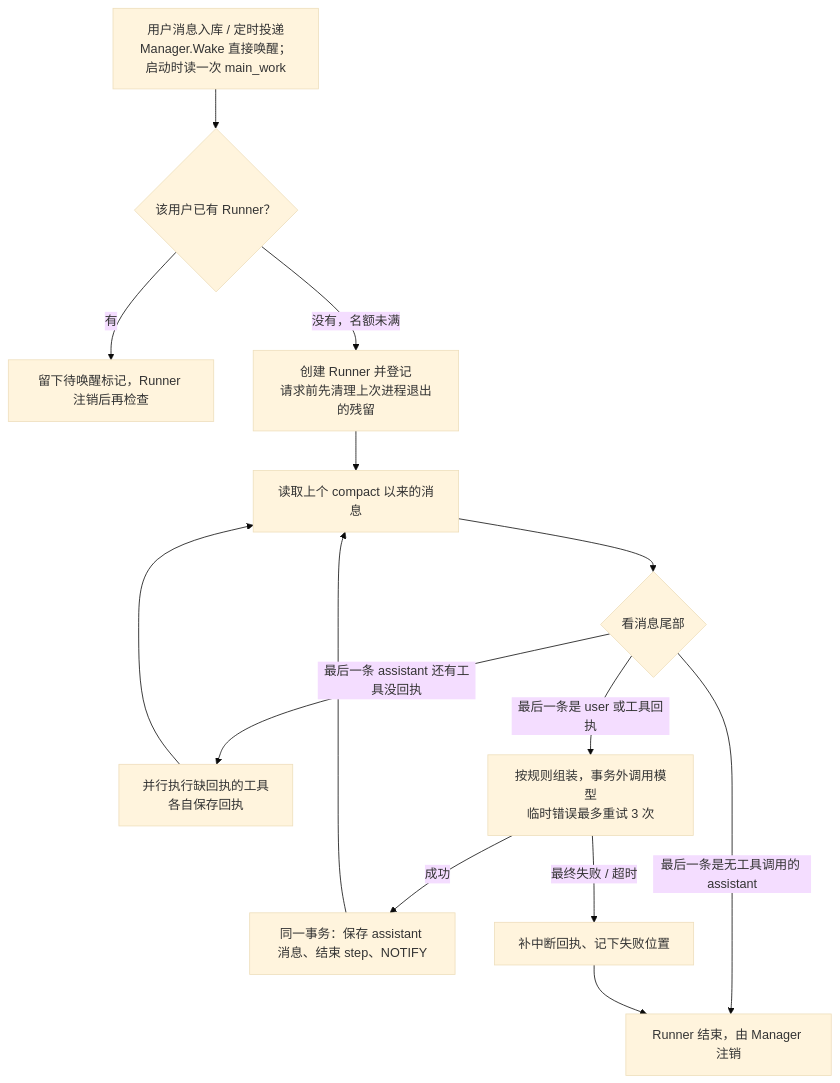
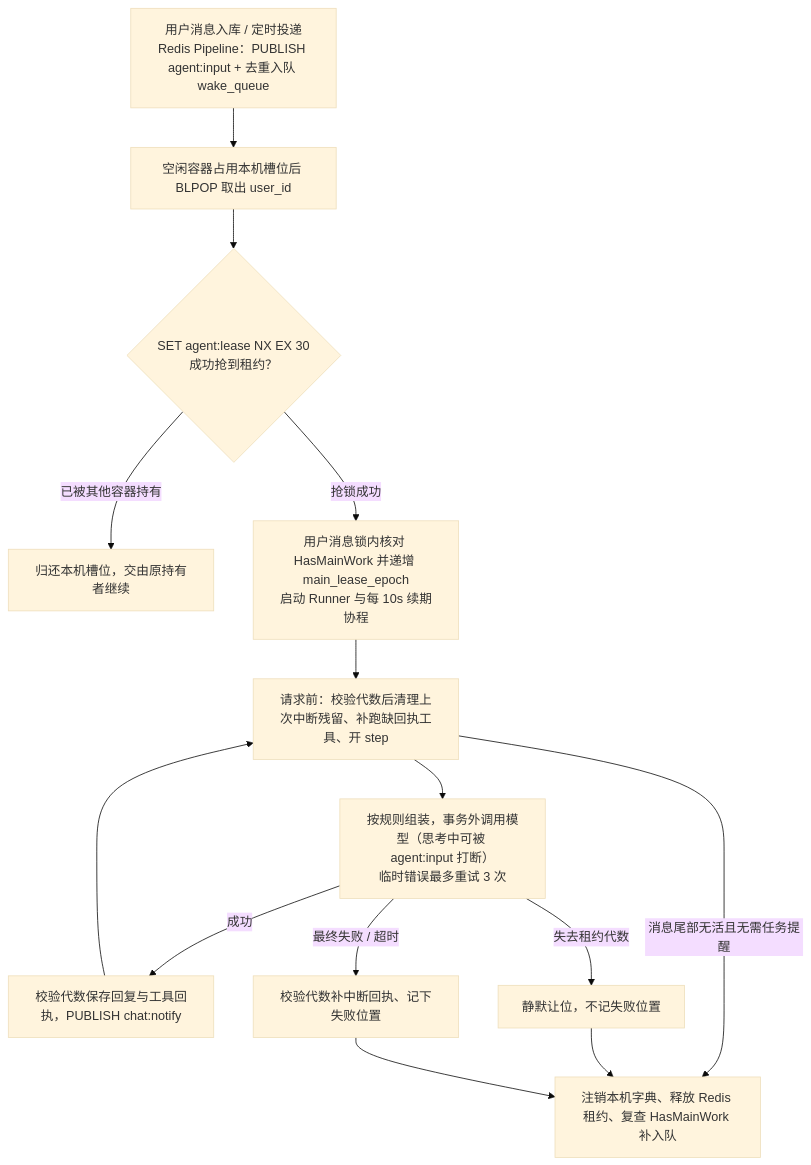
The first of 2 diagrams in docs/wiki/05-main-runtime.md (OmniNetOpensource/aether-personal), drawn with Mermaid (base theme) before and after one commit. The commit also changed other lines of this file and 11 other files, not shown here.

````diff
--- a/docs/wiki/05-main-runtime.md
+++ b/docs/wiki/05-main-runtime.md
@@ -96,16 +96,16 @@
 ```mermaid
 flowchart TD
-    WAKE["用户消息入库 / 定时投递<br/>Manager.Wake 直接唤醒；启动时读一次 main_work"] --> CREATE{"该用户已有 Runner？"}
-    CREATE -->|有| WAIT["留下待唤醒标记，Runner 注销后再检查"]
-    CREATE -->|没有，名额未满| RECOVER["创建 Runner 并登记<br/>请求前先清理上次进程退出的残留"]
-    RECOVER --> LOAD["读取上个 compact 以来的消息"]
-    LOAD --> TAIL{"看消息尾部"}
-    TAIL -->|最后一条 assistant 还有工具没回执| TOOL["并行执行缺回执的工具<br/>各自保存回执"]
-    TOOL --> LOAD
-    TAIL -->|最后一条是 user 或工具回执| CALL["按规则组装，事务外调用模型<br/>临时错误最多重试 3 次"]
-    CALL -->|成功| SAVE["同一事务：保存 assistant 消息、结束 step、NOTIFY"]
-    SAVE --> LOAD
-    TAIL -->|最后一条是无工具调用的 assistant| RELEASE["Runner 结束，由 Manager 注销"]
-    CALL -->|最终失败 / 超时| FAIL["补中断回执、记下失败位置"]
+    WAKE["用户消息入库 / 定时投递<br/>Redis Pipeline：PUBLISH agent:input + 去重入队 wake_queue"] --> POP["空闲容器占用本机槽位后 BLPOP 取出 user_id"]
+    POP --> LEASE{"SET agent:lease NX EX 30<br/>成功抢到租约？"}
+    LEASE -->|已被其他容器持有| SKIP["归还本机槽位，交由原持有者继续"]
+    LEASE -->|抢锁成功| EPOCH["用户消息锁内核对 HasMainWork 并递增 main_lease_epoch<br/>启动 Runner 与每 10s 续期协程"]
+    EPOCH --> RECOVER["请求前：校验代数后清理上次中断残留、补跑缺回执工具、开 step"]
+    RECOVER --> CALL["按规则组装，事务外调用模型（思考中可被 agent:input 打断）<br/>临时错误最多重试 3 次"]
+    CALL -->|成功| SAVE["校验代数保存回复与工具回执，PUBLISH chat:notify"]
+    SAVE --> RECOVER
+    CALL -->|失去租约代数| SILENT["静默让位，不记失败位置"]
+    CALL -->|最终失败 / 超时| FAIL["校验代数补中断回执、记下失败位置"]
+    RECOVER -->|消息尾部无活且无需任务提醒| RELEASE["注销本机字典、释放 Redis 租约、复查 HasMainWork 补入队"]
+    SILENT --> RELEASE
     FAIL --> RELEASE
 ```
````
